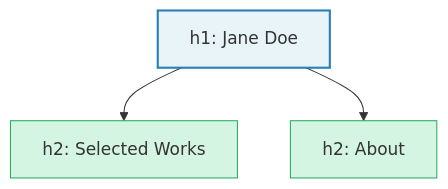
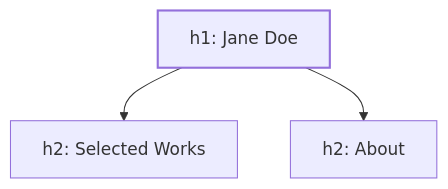
One commit to Kaleidosium/modern-html-and-css-for-artists changed the diagram in ch08-attributes.md. Above: the diagram before and after it, drawn with Mermaid. The commit also changed 10 other files, not shown here.

Commit message:
feat: enhance Mermaid diagram with theming improvements

````diff
--- a/ch08-attributes.md
+++ b/ch08-attributes.md
@@ -155,13 +155,13 @@
 ```mermaid
 graph TD
     H1["h1: Jane Doe"]
     H2A["h2: Selected Works"]
     H2B["h2: About"]
 
     H1 --> H2A
     H1 --> H2B
 
-    style H1 fill:#e8f4f8,stroke:#2980b9,stroke-width:2px
-    style H2A fill:#d5f5e3,stroke:#27ae60
-    style H2B fill:#d5f5e3,stroke:#27ae60
+    class H1 libdoc-mermaid-info
+    class H2A,H2B libdoc-mermaid-success
+    style H1 stroke-width:2px
 ```
````
